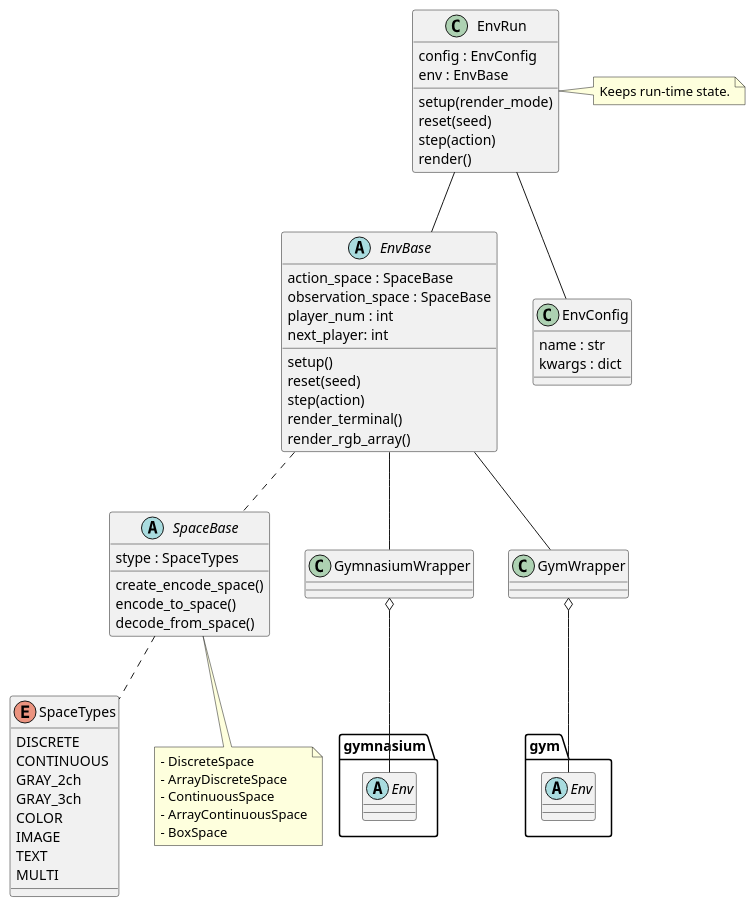
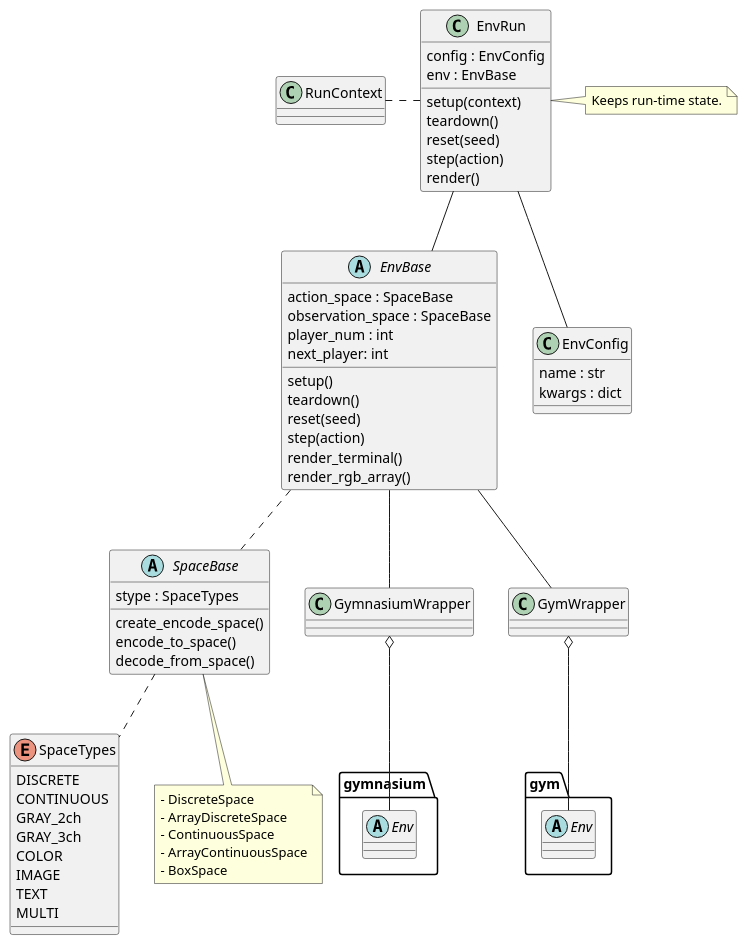
Before and after one commit to pocokhc/simple_distributed_rl: the diagram in diagrams/class_env.pu, drawn with PlantUML. The commit also changed 12 other files, not shown here.

```diff
--- a/diagrams/class_env.pu
+++ b/diagrams/class_env.pu
@@ -1,76 +1,80 @@
 @startuml class_env
 
 enum SpaceTypes {
     DISCRETE
     CONTINUOUS
     GRAY_2ch
     GRAY_3ch
     COLOR
     IMAGE
     TEXT
     MULTI
 }
 
 abstract SpaceBase {
     stype : SpaceTypes
     create_encode_space()
     encode_to_space()
     decode_from_space()
 }
 note as SpaceMemo
 - DiscreteSpace
 - ArrayDiscreteSpace
 - ContinuousSpace
 - ArrayContinuousSpace
 - BoxSpace
 end note
 SpaceBase <|-- SpaceMemo
 
 SpaceBase .. SpaceTypes
 
 abstract EnvBase {
     action_space : SpaceBase
     observation_space : SpaceBase
     player_num : int
     next_player: int
     setup()
+    teardown()
     reset(seed)
     step(action)
     render_terminal()
     render_rgb_array()
 } 
 
 EnvBase .. SpaceBase
 
 abstract gymnasium.Env {}
 abstract gym.Env {}
 class GymnasiumWrapper {}
 class GymWrapper {}
 
 GymnasiumWrapper o-- gymnasium.Env
 GymWrapper o-- gym.Env
 EnvBase -- GymnasiumWrapper
 EnvBase -- GymWrapper
 
+class RunContext {}
 class EnvRun {
     config : EnvConfig
     env : EnvBase
-    setup(render_mode)
+    setup(context)
+    teardown()
     reset(seed)
     step(action)
     render()
 }
 EnvRun -- EnvBase
+RunContext . EnvRun
 
 note "Keeps run-time state." as EnvRunMemo
 EnvRun . EnvRunMemo
 
 
 class EnvConfig {
     name : str
     kwargs : dict
 }
 EnvRun -- EnvConfig
 
 
 @enduml
```
